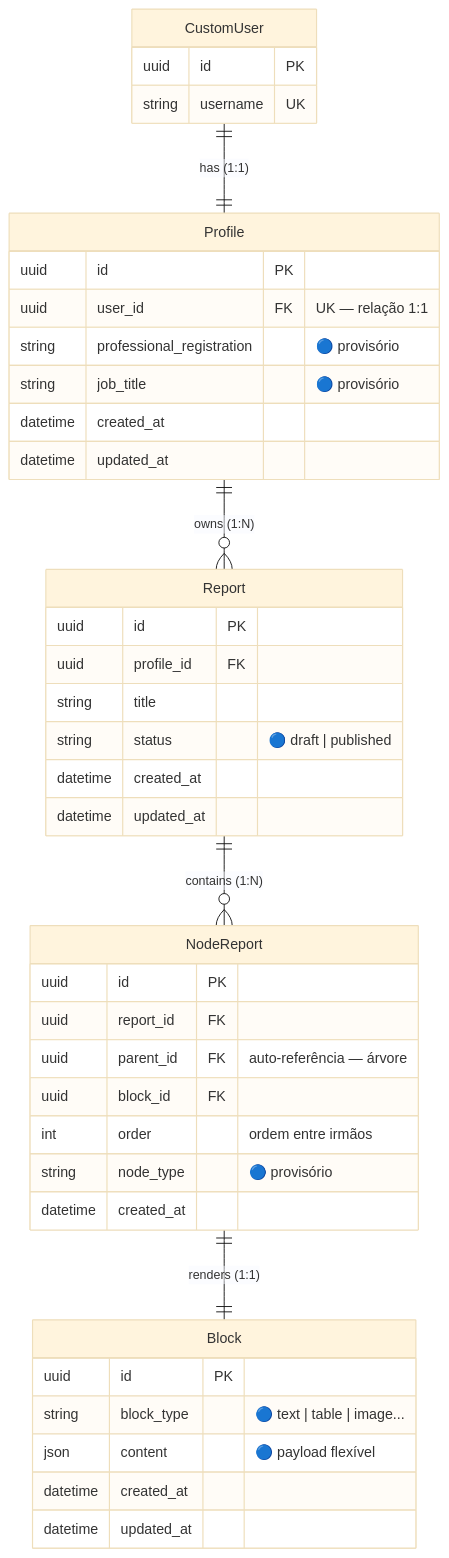
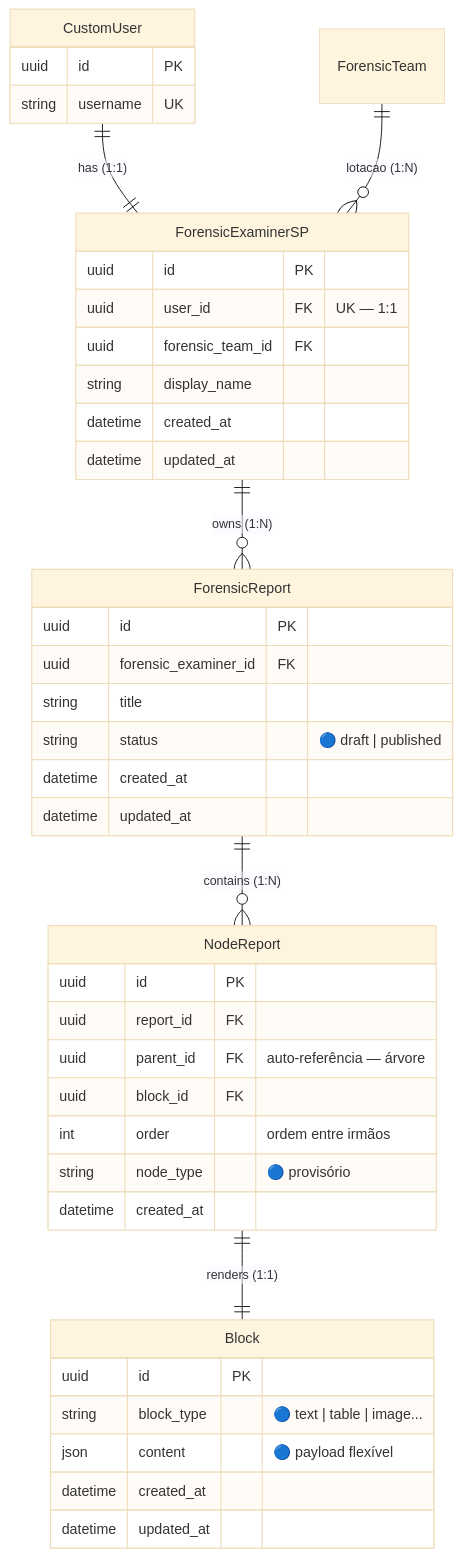
The second of 2 diagrams in docs/architecture/02-data-model.md (PeritoCriminal/reportline), drawn with Mermaid (base theme) before and after one commit. The commit also changed other lines of this file and 26 other files, not shown here.

First line of the commit message:
feat(profiles): implementar ForensicExaminerSP e documentar app

````diff
--- a/docs/architecture/02-data-model.md
+++ b/docs/architecture/02-data-model.md
@@ -102,48 +123,49 @@
 ```mermaid
 erDiagram
-    CustomUser ||--|| Profile : "has (1:1)"
-    Profile ||--o{ Report : "owns (1:N)"
-    Report ||--o{ NodeReport : "contains (1:N)"
+    CustomUser ||--|| ForensicExaminerSP : "has (1:1)"
+    ForensicTeam ||--o{ ForensicExaminerSP : "lotacao (1:N)"
+    ForensicExaminerSP ||--o{ ForensicReport : "owns (1:N)"
+    ForensicReport ||--o{ NodeReport : "contains (1:N)"
     NodeReport ||--|| Block : "renders (1:1)"
 
     CustomUser {
         uuid id PK
         string username UK
     }
 
-    Profile {
+    ForensicExaminerSP {
         uuid id PK
-        uuid user_id FK "UK — relação 1:1"
-        string professional_registration "🔵 provisório"
-        string job_title "🔵 provisório"
+        uuid user_id FK "UK — 1:1"
+        uuid forensic_team_id FK
+        string display_name
         datetime created_at
         datetime updated_at
     }
 
-    Report {
+    ForensicReport {
         uuid id PK
-        uuid profile_id FK
+        uuid forensic_examiner_id FK
         string title
         string status "🔵 draft | published"
         datetime created_at
         datetime updated_at
     }
 
     NodeReport {
         uuid id PK
         uuid report_id FK
         uuid parent_id FK "auto-referência — árvore"
         uuid block_id FK
         int order "ordem entre irmãos"
         string node_type "🔵 provisório"
         datetime created_at
     }
 
     Block {
         uuid id PK
         string block_type "🔵 text | table | image..."
         json content "🔵 payload flexível"
         datetime created_at
         datetime updated_at
     }
 ```
````
